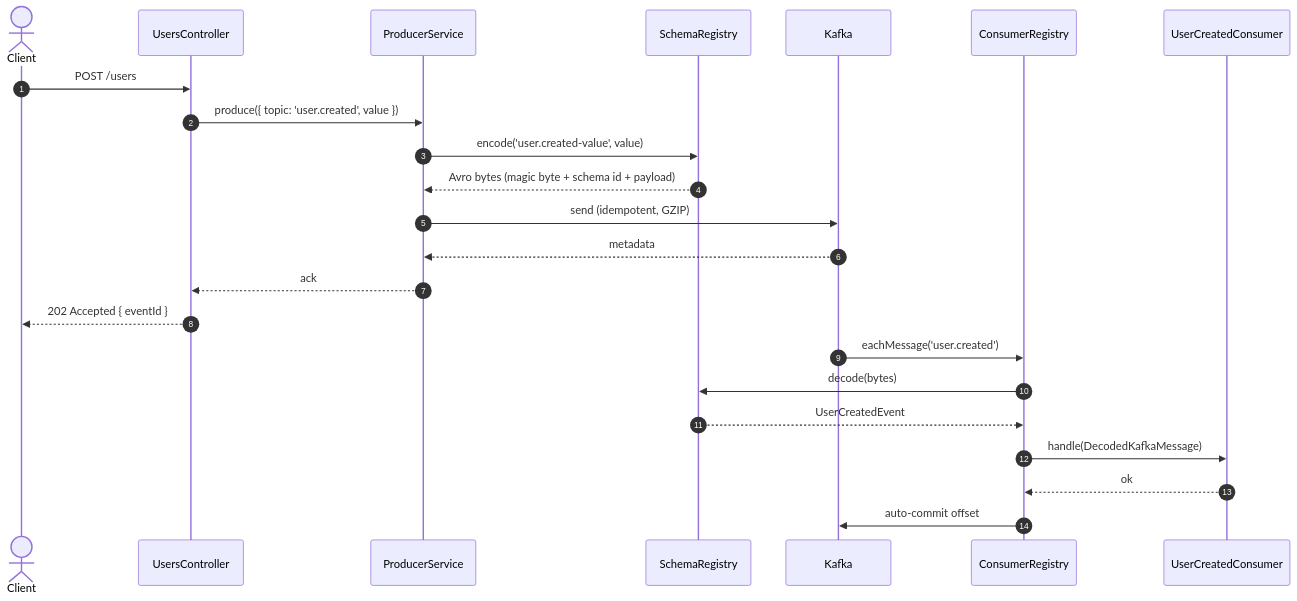
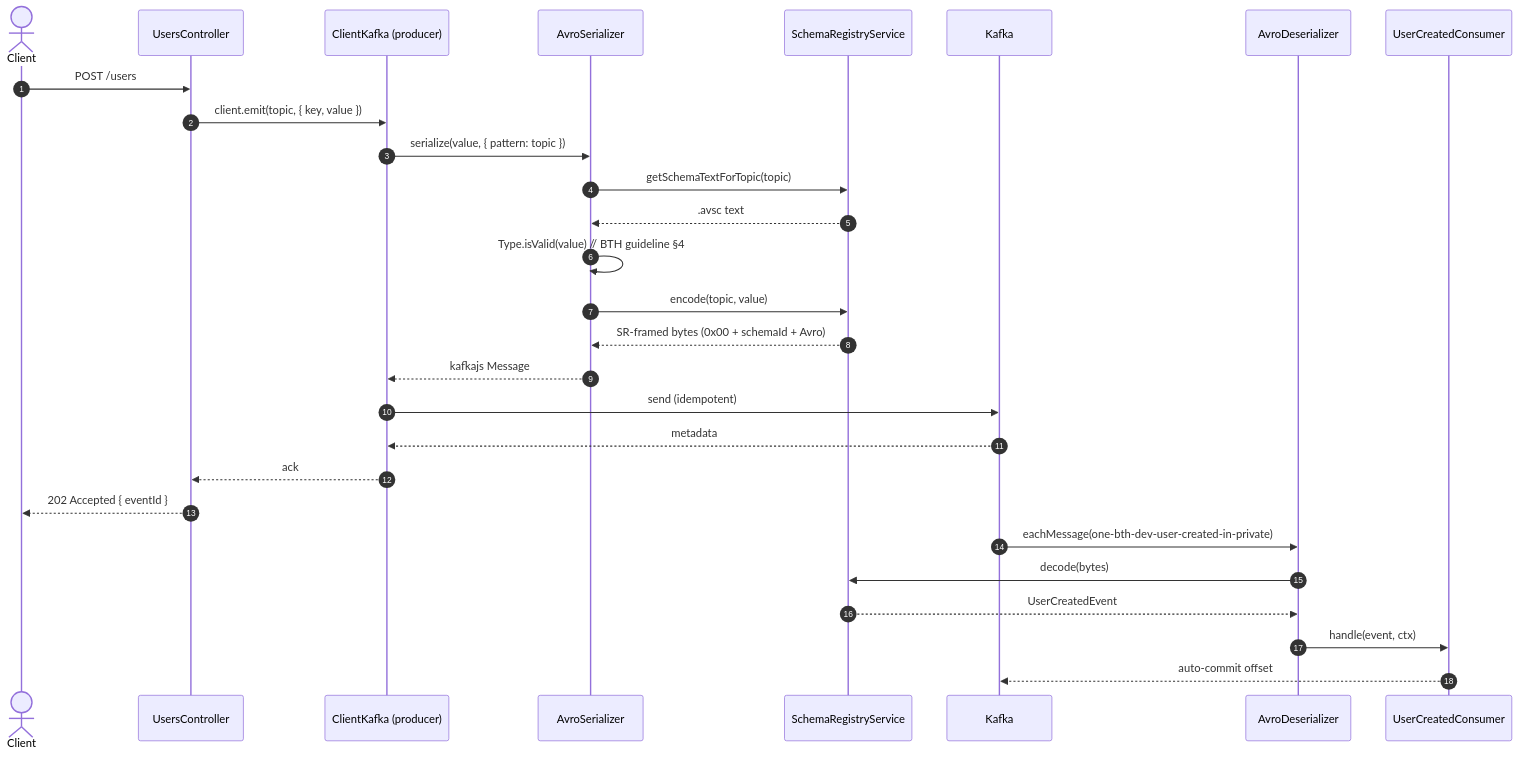
The first of 5 diagrams in docs/produce-consume-flow.md (ndhhien27/kafka-with-schema-registry), drawn with Mermaid before and after one commit. The commit also changed other lines of this file and 62 other files, not shown here.

First line of the commit message:
feat: enhance Kafka configuration and event handling

````diff
--- a/docs/produce-consume-flow.md
+++ b/docs/produce-consume-flow.md
@@ -3,27 +5,32 @@
 ```mermaid
 sequenceDiagram
   autonumber
   actor Client
   participant REST as UsersController
-  participant PROD as ProducerService
-  participant SR as SchemaRegistry
+  participant PROD as ClientKafka (producer)
+  participant SER as AvroSerializer
+  participant SR as SchemaRegistryService
   participant KAFKA as Kafka
-  participant REG as ConsumerRegistry
+  participant DES as AvroDeserializer
   participant HND as UserCreatedConsumer
 
   Client->>REST: POST /users
-  REST->>PROD: produce({ topic: 'user.created', value })
-  PROD->>SR: encode('user.created-value', value)
-  SR-->>PROD: Avro bytes (magic byte + schema id + payload)
-  PROD->>KAFKA: send (idempotent, GZIP)
+  REST->>PROD: client.emit(topic, { key, value })
+  PROD->>SER: serialize(value, { pattern: topic })
+  SER->>SR: getSchemaTextForTopic(topic)
+  SR-->>SER: .avsc text
+  SER->>SER: Type.isValid(value)  // BTH guideline §4
+  SER->>SR: encode(topic, value)
+  SR-->>SER: SR-framed bytes (0x00 + schemaId + Avro)
+  SER-->>PROD: kafkajs Message
+  PROD->>KAFKA: send (idempotent)
   KAFKA-->>PROD: metadata
   PROD-->>REST: ack
   REST-->>Client: 202 Accepted { eventId }
 
-  KAFKA->>REG: eachMessage('user.created')
-  REG->>SR: decode(bytes)
-  SR-->>REG: UserCreatedEvent
-  REG->>HND: handle(DecodedKafkaMessage)
-  HND-->>REG: ok
-  REG->>KAFKA: auto-commit offset
+  KAFKA->>DES: eachMessage(one-bth-dev-user-created-in-private)
+  DES->>SR: decode(bytes)
+  SR-->>DES: UserCreatedEvent
+  DES->>HND: handle(event, ctx)
+  HND-->>KAFKA: auto-commit offset
 ```
````
